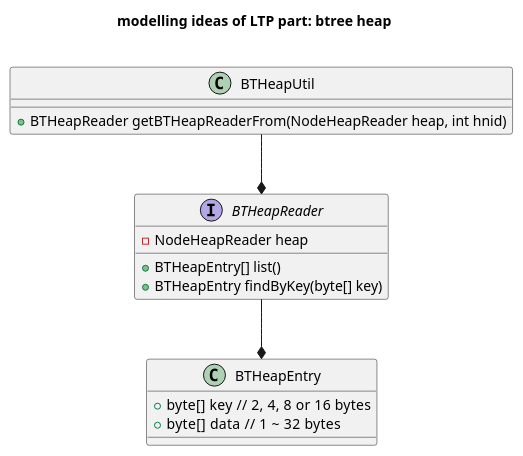
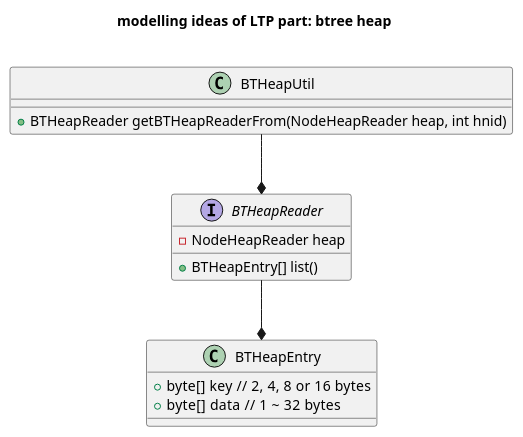
Before and after one commit to Kris-LIBIS/ruby-msg: the fourth of 6 diagrams in plantuml/base.plantuml, drawn with PlantUML. The commit also changed 1 other file, not shown here.

Commit message:
Removing findByKey, it is not mandatory

```diff
--- a/plantuml/base.plantuml
+++ b/plantuml/base.plantuml
@@ -101,23 +101,22 @@
 @startuml ltp_btheap
 title modelling ideas of LTP part: btree heap\n
 class BTHeapUtil {
     + BTHeapReader getBTHeapReaderFrom(NodeHeapReader heap, int hnid)
 }
 
 interface BTHeapReader {
     - NodeHeapReader heap
 
     + BTHeapEntry[] list()
-    + BTHeapEntry findByKey(byte[] key)
 }
 
 class BTHeapEntry {
     + byte[] key   // 2, 4, 8 or 16 bytes
     + byte[] data   // 1 ~ 32 bytes
 }
 
 
 BTHeapUtil --* BTHeapReader
 BTHeapReader --* BTHeapEntry
 
 @enduml
```
